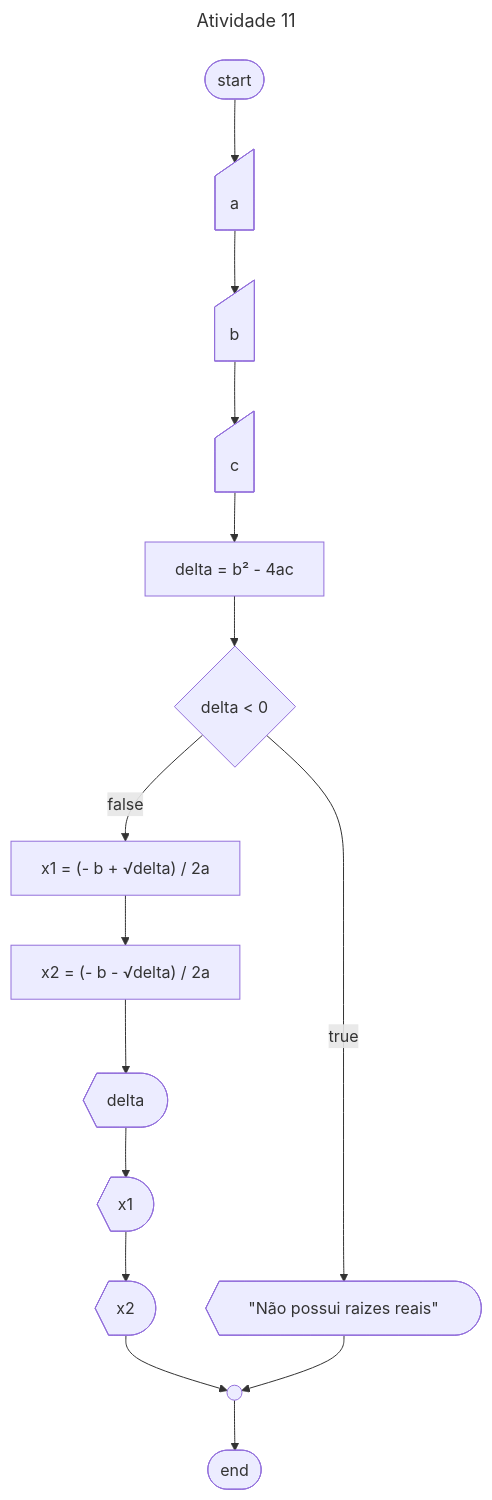
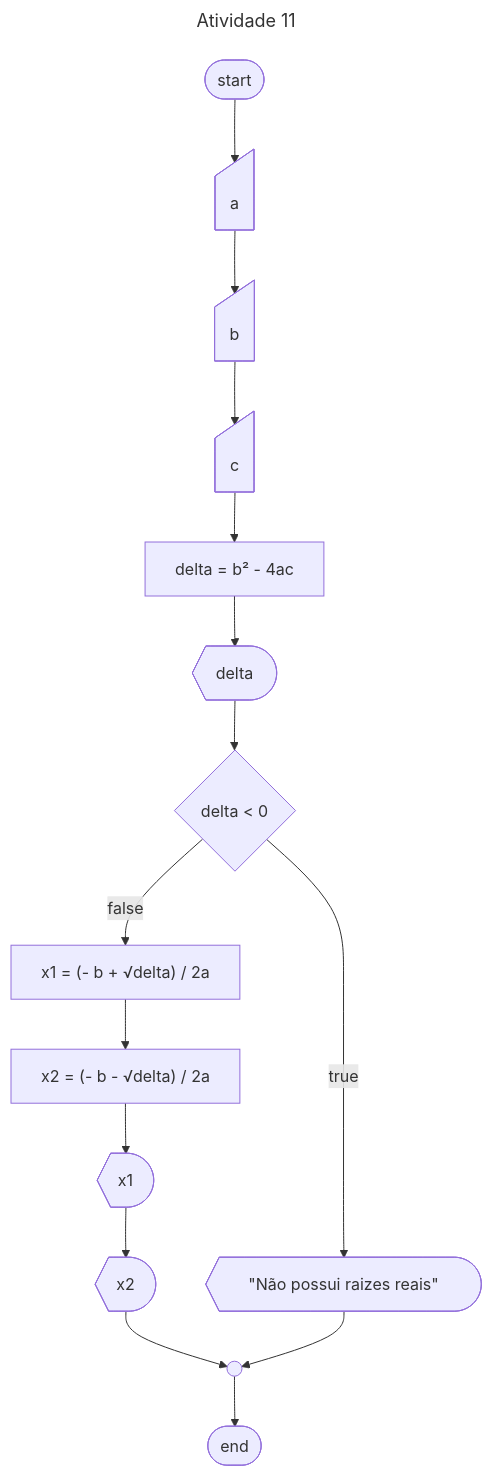
Before and after one commit to kf-martins-uel/algoritmos-atividade1: the fifth of 9 diagrams in Parte-2/README.md, drawn with Mermaid. The commit also changed other lines of this file and 7 other files, not shown here.

````diff
--- a/Parte-2/README.md
+++ b/Parte-2/README.md
@@ -338,32 +356,32 @@
     ```mermaid
     ---
     config:
     theme: neo-dark
     layout: elk
     title: Atividade 11
     ---
     flowchart TD
         start([start])
         fim([end])
         conector@{shape: circle, label: " "}
 
             a@{shape: manual-input}
             b@{shape: manual-input}
             c@{shape: manual-input}
 
         delta["delta = b² - 4ac"]
         x1["x1 = (- b + √delta) / 2a"]
         x2["x2 = (- b - √delta) / 2a"]
 
             ddelta@{shape: display, label: "delta"}
             dx1@{shape: display, label: "x1"}
             dx2@{shape: display, label: "x2"}
             invalido@{shape: display, label: "\"Não possui raizes reais\""}
 
         if{delta < 0}
-        start --> a --> b --> c --> delta --> if
+        start --> a --> b --> c --> delta --> ddelta --> if
         if --> |true| invalido
-        if --> |false| x1 --> x2 --> ddelta --> dx1 --> dx2 --> conector
+        if --> |false| x1 --> x2 --> dx1 --> dx2 --> conector
         invalido --> conector
         conector --> fim
     ```
````
